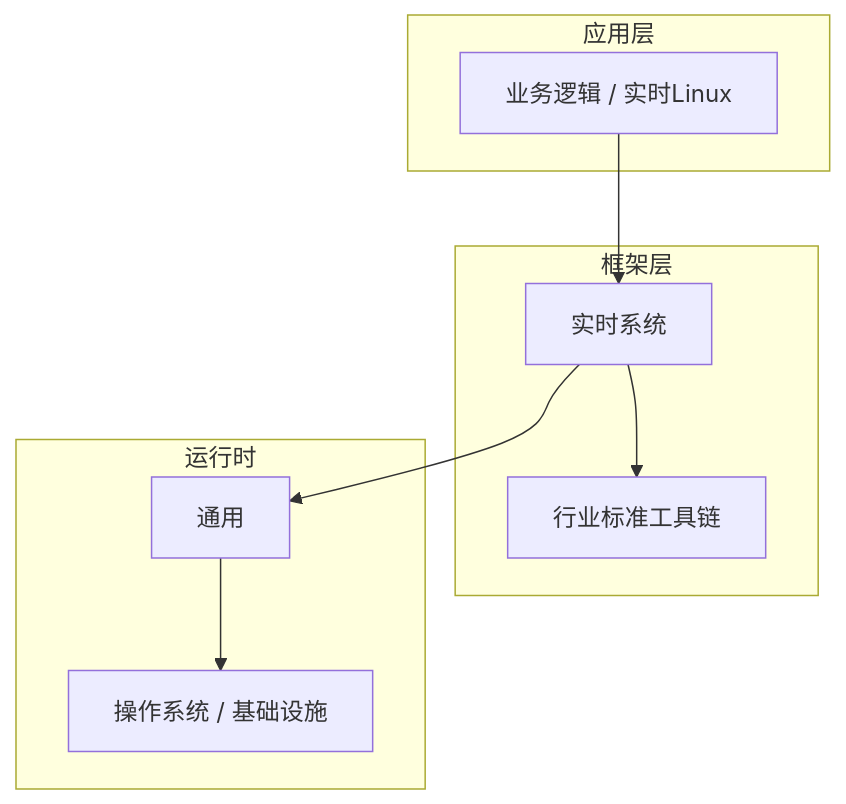
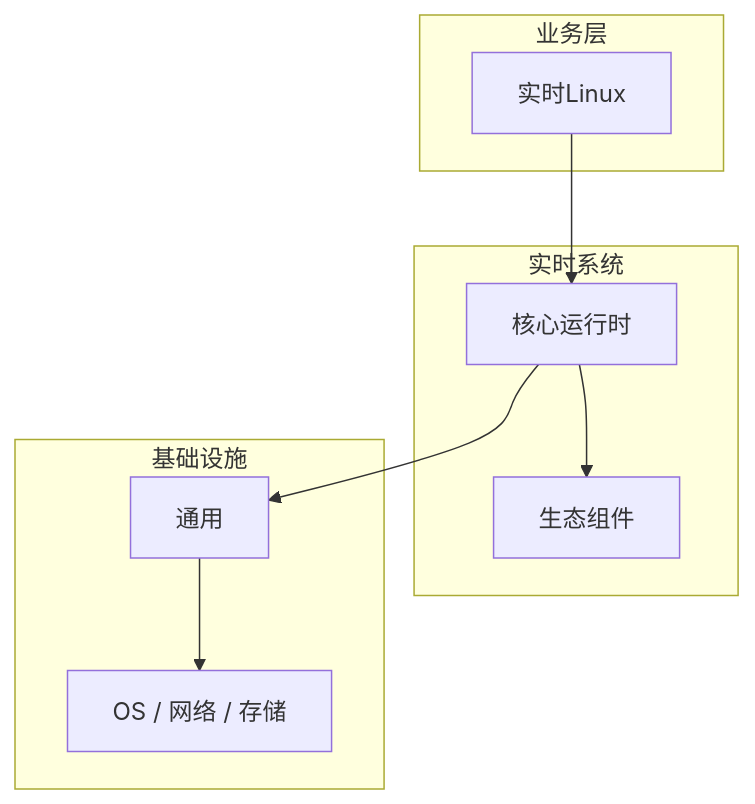
Before and after one commit to yanggan2015/knowledge-json-v2: the diagram in articles/实时系统/chapters/065-实时Linux核心概念与原理.md, drawn with Mermaid. The commit also changed other lines of this file and 10127 other files, not shown here.

````diff
--- a/articles/实时系统/chapters/065-实时Linux核心概念与原理.md
+++ b/articles/实时系统/chapters/065-实时Linux核心概念与原理.md
@@ -45,18 +34,18 @@
 ```mermaid
 graph TB
-    subgraph 应用层
-        A[业务逻辑 / 实时Linux]
+    subgraph 业务层
+        A[实时Linux]
     end
-    subgraph 框架层
-        B[实时系统]
-        C[行业标准工具链]
+    subgraph 实时系统
+        B[核心运行时]
+        C[生态组件]
     end
-    subgraph 运行时
+    subgraph 基础设施
         D[通用]
-        E[操作系统 / 基础设施]
+        E[OS / 网络 / 存储]
     end
     A --> B
     B --> C
     B --> D
     D --> E
 ```
````
